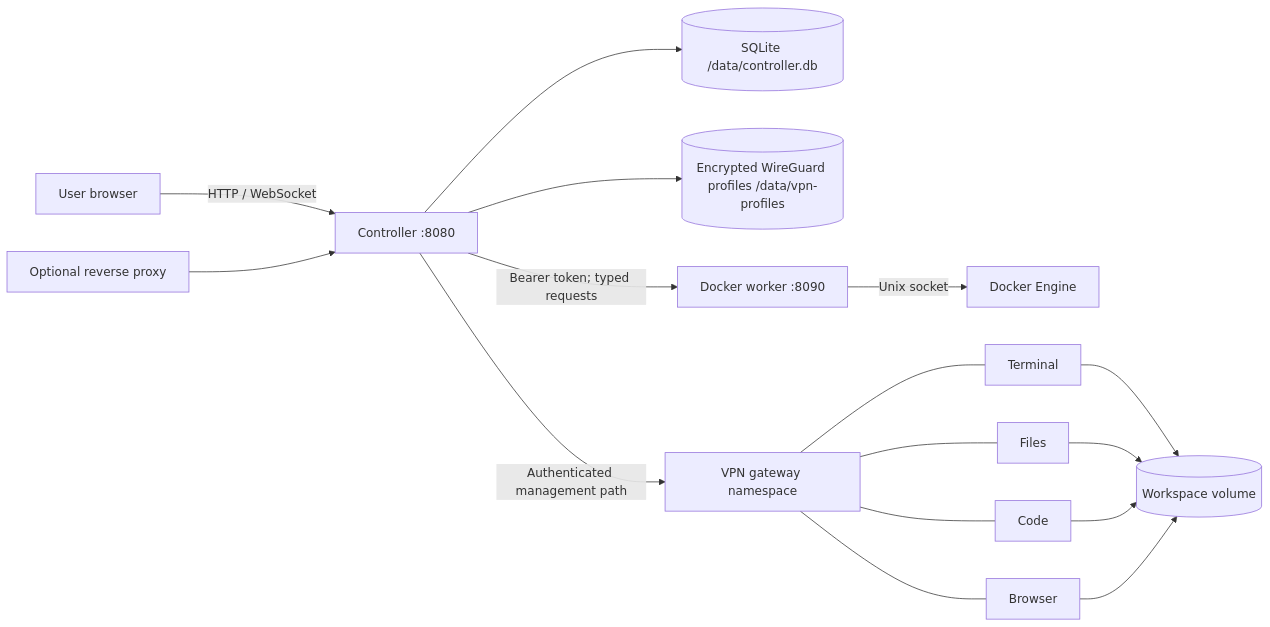
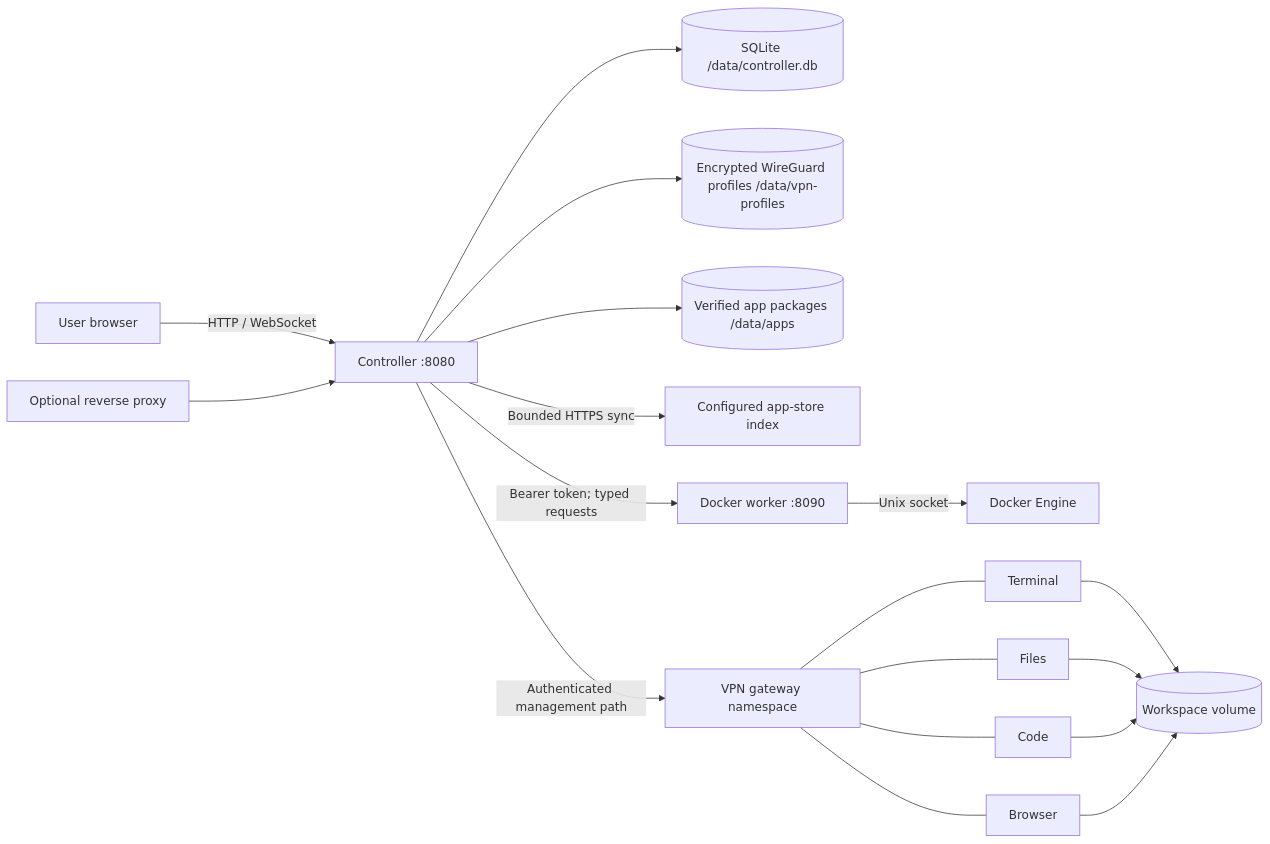
Before and after one commit to matthewsawatzky/contain-yourself: the diagram in docs/architecture.md, drawn with Mermaid. The commit also changed other lines of this file and 57 other files, not shown here.

Commit message:
Build controller app store lifecycle

````diff
--- a/docs/architecture.md
+++ b/docs/architecture.md
@@ -5,15 +5,17 @@
 ```mermaid
 flowchart LR
   U["User browser"] -->|"HTTP / WebSocket"| C["Controller :8080"]
   RP["Optional reverse proxy"] --> C
   C --> DB[("SQLite /data/controller.db")]
   C --> VP[("Encrypted WireGuard profiles /data/vpn-profiles")]
+  C --> AS[("Verified app packages /data/apps")]
+  C -->|"Bounded HTTPS sync"| CAT["Configured app-store index"]
   C -->|"Bearer token; typed requests"| W["Docker worker :8090"]
   W -->|"Unix socket"| D["Docker Engine"]
   C -->|"Authenticated management path"| G["VPN gateway namespace"]
   G --- T["Terminal"]
   G --- F["Files"]
   G --- E["Code"]
   G --- B["Browser"]
   T & F & E & B --> V[("Workspace volume")]
 ```
````
